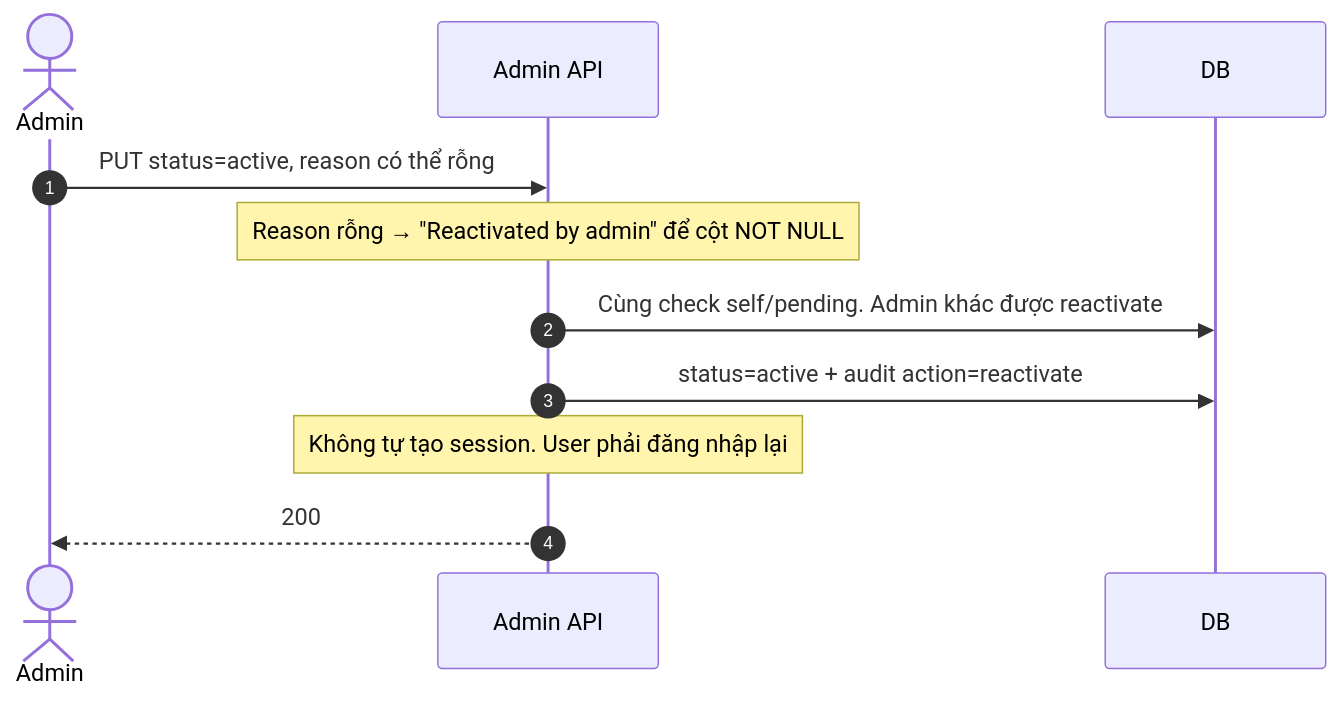
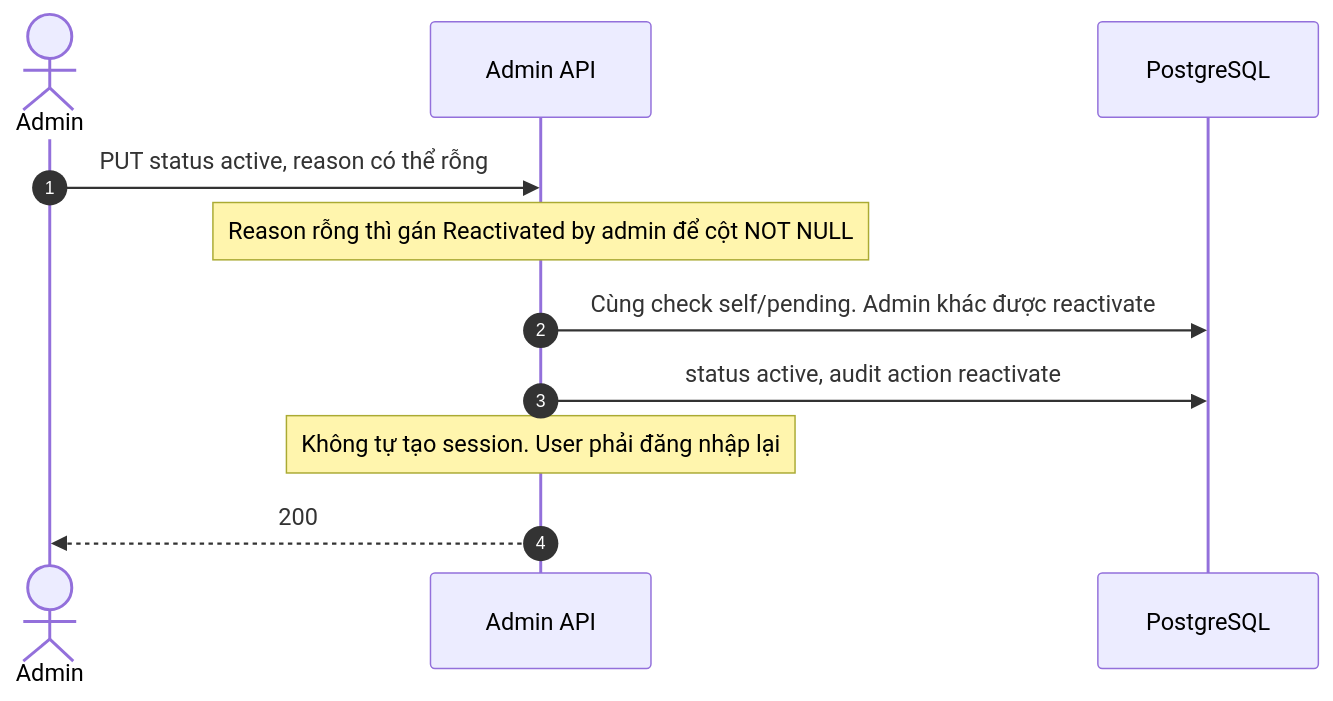
Before and after one commit to FintechVSF-Tranning/PaySplit-RP: the second of 5 diagrams in flow/06-admin.md, drawn with Mermaid. The commit also changed other lines of this file and 7 other files, not shown here.

First line of the commit message:
Refactor notification flow and admin management documentation

````diff
--- a/flow/06-admin.md
+++ b/flow/06-admin.md
@@ -105,12 +118,13 @@
 ```mermaid
 sequenceDiagram
     autonumber
     actor A as Admin
     participant BE as Admin API
-    A->>BE: PUT status=active, reason có thể rỗng
-    Note over BE: Reason rỗng → "Reactivated by admin" để cột NOT NULL
+    participant DB as PostgreSQL
+    A->>BE: PUT status active, reason có thể rỗng
+    Note over BE: Reason rỗng thì gán Reactivated by admin để cột NOT NULL
     BE->>DB: Cùng check self/pending. Admin khác được reactivate
-    BE->>DB: status=active + audit action=reactivate
+    BE->>DB: status active, audit action reactivate
     Note over BE: Không tự tạo session. User phải đăng nhập lại
     BE-->>A: 200
 ```
````
